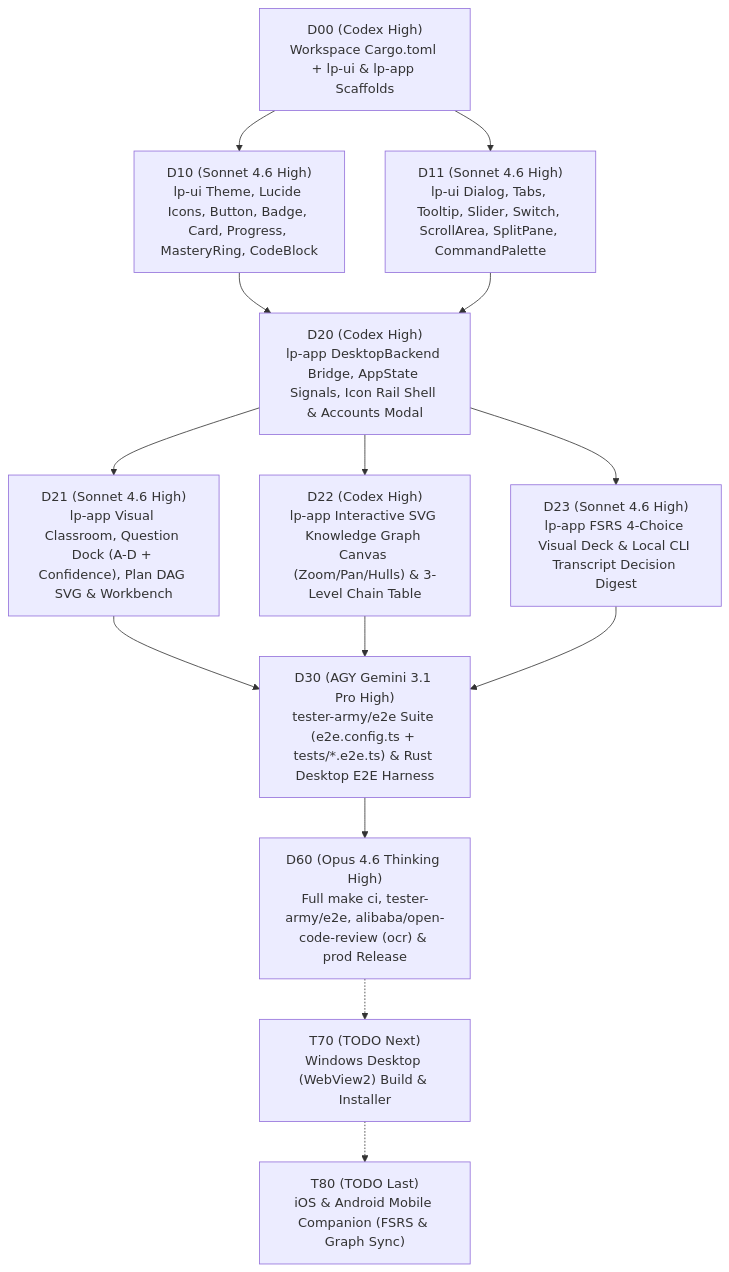
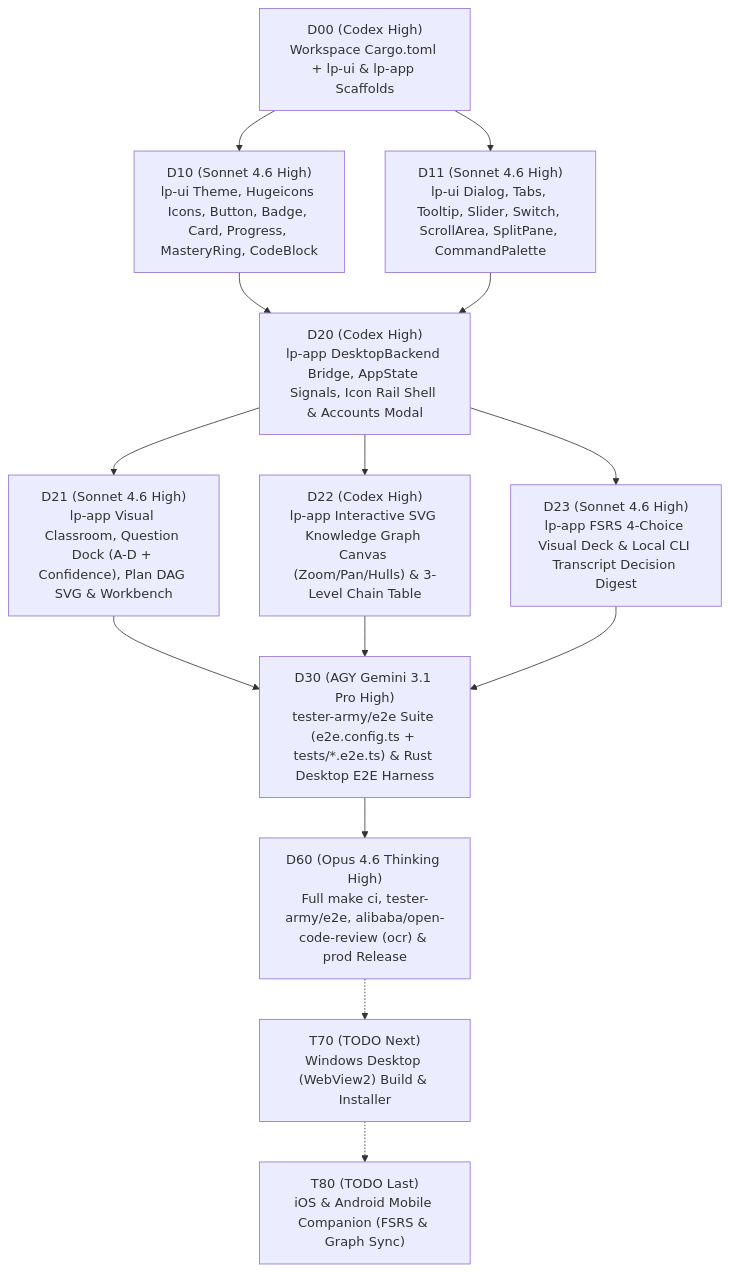
The second of 2 diagrams in docs/PLAN.md (PrathamBhavsar/learnpuppy), drawn with Mermaid before and after one commit. The commit also changed other lines of this file and 4 other files, not shown here.

Commit message:
docs: lucide -> hugeicons mentions

````diff
--- a/docs/PLAN.md
+++ b/docs/PLAN.md
@@ -132,16 +132,16 @@
 ```mermaid
 flowchart TD
-    D00["D00 (Codex High)\nWorkspace Cargo.toml + lp-ui & lp-app Scaffolds"] --> D10["D10 (Sonnet 4.6 High)\nlp-ui Theme, Lucide Icons, Button, Badge, Card, Progress, MasteryRing, CodeBlock"]
+    D00["D00 (Codex High)\nWorkspace Cargo.toml + lp-ui & lp-app Scaffolds"] --> D10["D10 (Sonnet 4.6 High)\nlp-ui Theme, Hugeicons Icons, Button, Badge, Card, Progress, MasteryRing, CodeBlock"]
     D00 --> D11["D11 (Sonnet 4.6 High)\nlp-ui Dialog, Tabs, Tooltip, Slider, Switch, ScrollArea, SplitPane, CommandPalette"]
     D10 --> D20["D20 (Codex High)\nlp-app DesktopBackend Bridge, AppState Signals, Icon Rail Shell & Accounts Modal"]
     D11 --> D20
     D20 --> D21["D21 (Sonnet 4.6 High)\nlp-app Visual Classroom, Question Dock (A-D + Confidence), Plan DAG SVG & Workbench"]
     D20 --> D22["D22 (Codex High)\nlp-app Interactive SVG Knowledge Graph Canvas (Zoom/Pan/Hulls) & 3-Level Chain Table"]
     D20 --> D23["D23 (Sonnet 4.6 High)\nlp-app FSRS 4-Choice Visual Deck & Local CLI Transcript Decision Digest"]
     D21 --> D30["D30 (AGY Gemini 3.1 Pro High)\ntester-army/e2e Suite (e2e.config.ts + tests/*.e2e.ts) & Rust Desktop E2E Harness"]
     D22 --> D30
     D23 --> D30
     D30 --> D60["D60 (Opus 4.6 Thinking High)\nFull make ci, tester-army/e2e, alibaba/open-code-review (ocr) & prod Release"]
     D60 -.-> T70["T70 (TODO Next)\nWindows Desktop (WebView2) Build & Installer"]
     T70 -.-> T80["T80 (TODO Last)\niOS & Android Mobile Companion (FSRS & Graph Sync)"]
 ```
````
